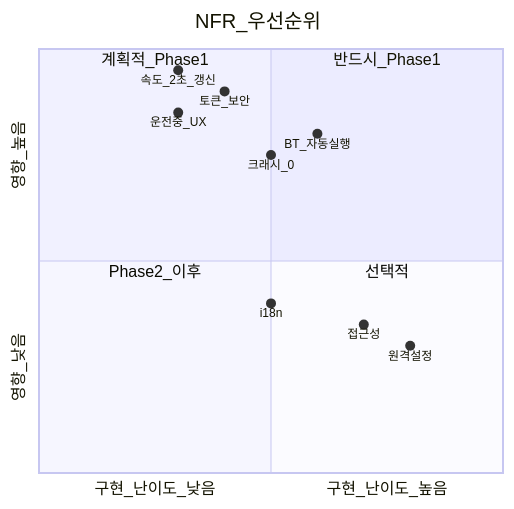
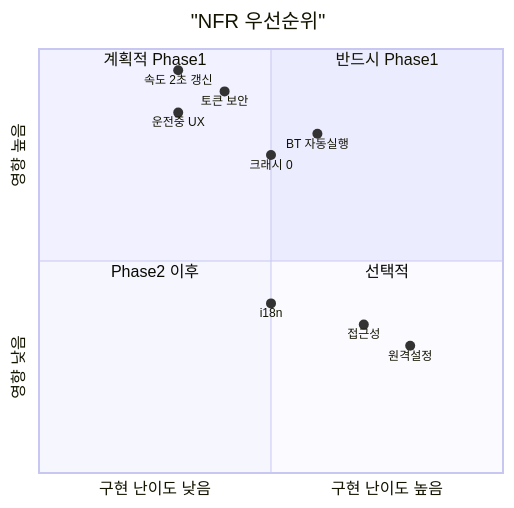
Before and after one commit to yskwon-wayforyou/MyT: the diagram in docs/03-requirements/non-functional-requirements.md, drawn with Mermaid. The commit also changed 330 other files, not shown here.

````diff
--- a/docs/03-requirements/non-functional-requirements.md
+++ b/docs/03-requirements/non-functional-requirements.md
@@ -90,18 +90,18 @@
 ```mermaid
 quadrantChart
-  title NFR_우선순위
-  x-axis 구현_난이도_낮음 --> 구현_난이도_높음
-  y-axis 영향_낮음 --> 영향_높음
-  quadrant-1 반드시_Phase1
-  quadrant-2 계획적_Phase1
-  quadrant-3 Phase2_이후
-  quadrant-4 선택적
-  속도_2초_갱신: [0.3, 0.95]
-  토큰_보안: [0.4, 0.9]
-  운전중_UX: [0.3, 0.85]
-  BT_자동실행: [0.6, 0.8]
-  크래시_0: [0.5, 0.75]
-  i18n: [0.5, 0.4]
-  접근성: [0.7, 0.35]
-  원격설정: [0.8, 0.3]
+  title "NFR 우선순위"
+  x-axis "구현 난이도 낮음" --> "구현 난이도 높음"
+  y-axis "영향 낮음" --> "영향 높음"
+  quadrant-1 "반드시 Phase1"
+  quadrant-2 "계획적 Phase1"
+  quadrant-3 "Phase2 이후"
+  quadrant-4 "선택적"
+  "속도 2초 갱신": [0.3, 0.95]
+  "토큰 보안": [0.4, 0.9]
+  "운전중 UX": [0.3, 0.85]
+  "BT 자동실행": [0.6, 0.8]
+  "크래시 0": [0.5, 0.75]
+  "i18n": [0.5, 0.4]
+  "접근성": [0.7, 0.35]
+  "원격설정": [0.8, 0.3]
 ```
````
